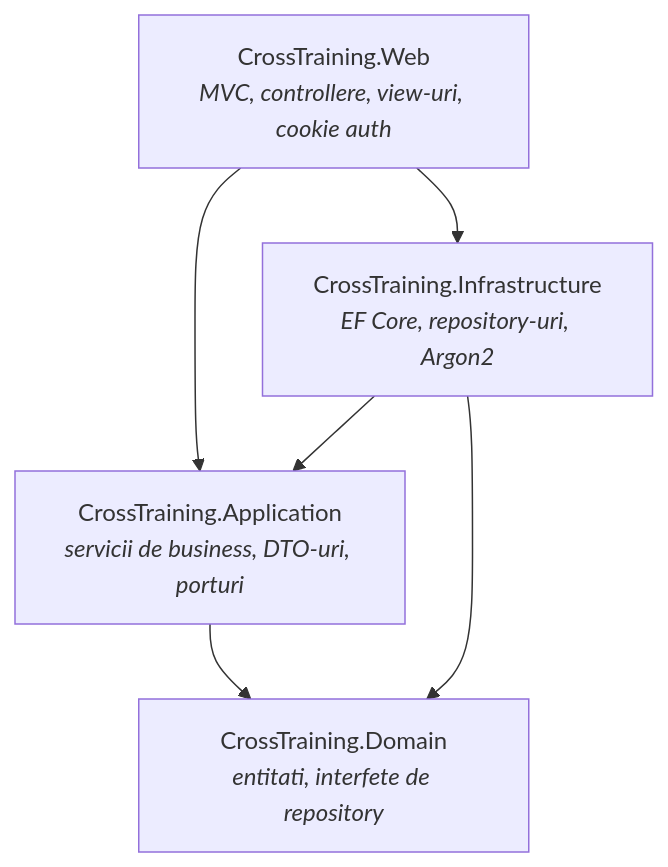
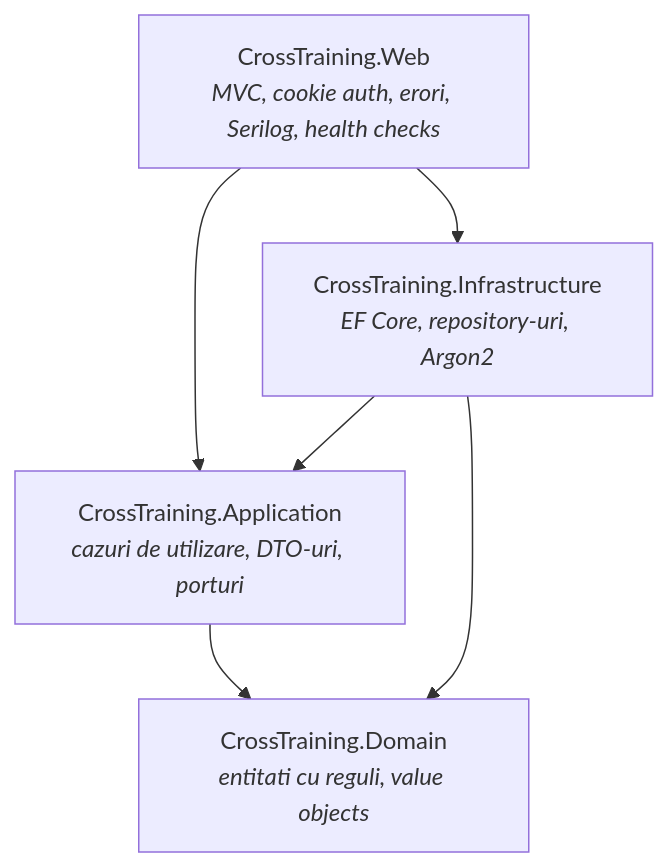
The diagram in README.md (copacimaria/CrossTrainingPlatform), drawn with Mermaid before and after one commit. The commit also changed other lines of this file and 77 other files, not shown here.

````diff
--- a/README.md
+++ b/README.md
@@ -14,13 +14,13 @@
 ```mermaid
 flowchart TD
-    Web["CrossTraining.Web<br/><i>MVC, controllere, view-uri, cookie auth</i>"]
-    App["CrossTraining.Application<br/><i>servicii de business, DTO-uri, porturi</i>"]
+    Web["CrossTraining.Web<br/><i>MVC, cookie auth, erori, Serilog, health checks</i>"]
+    App["CrossTraining.Application<br/><i>cazuri de utilizare, DTO-uri, porturi</i>"]
     Infra["CrossTraining.Infrastructure<br/><i>EF Core, repository-uri, Argon2</i>"]
-    Dom["CrossTraining.Domain<br/><i>entitati, interfete de repository</i>"]
+    Dom["CrossTraining.Domain<br/><i>entitati cu reguli, value objects</i>"]
 
     Web --> App
     Web --> Infra
     Infra --> App
     Infra --> Dom
     App --> Dom
 ```
````
